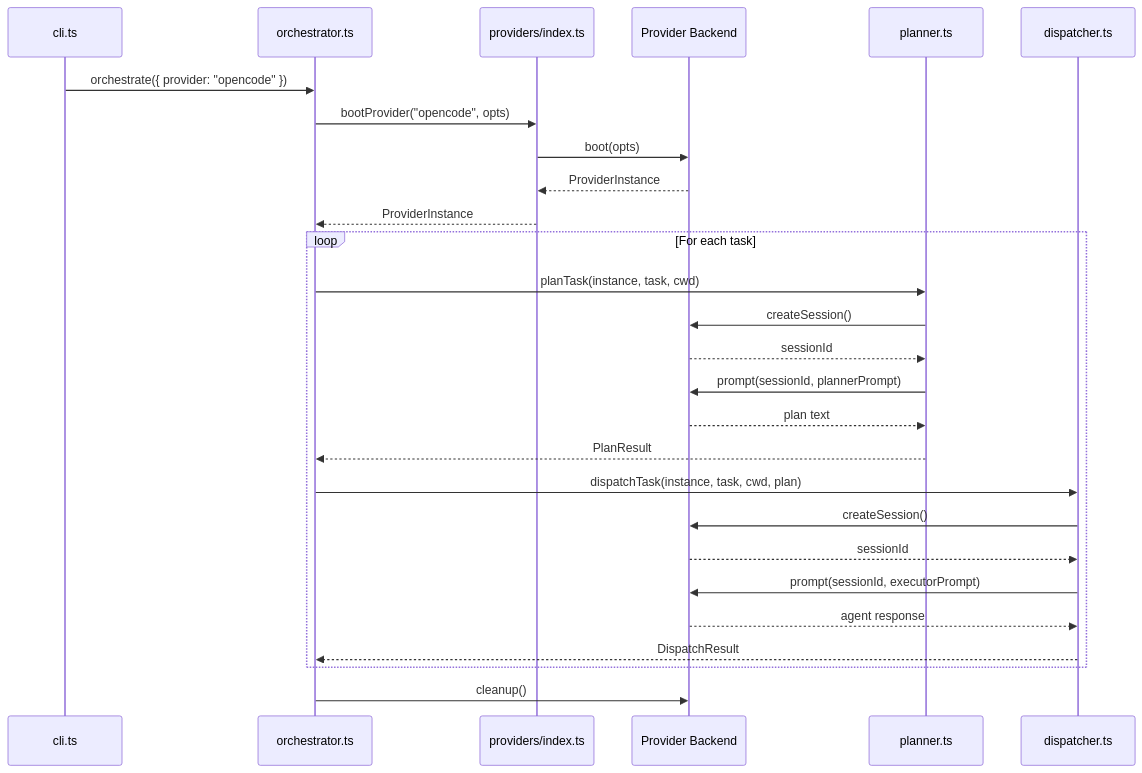
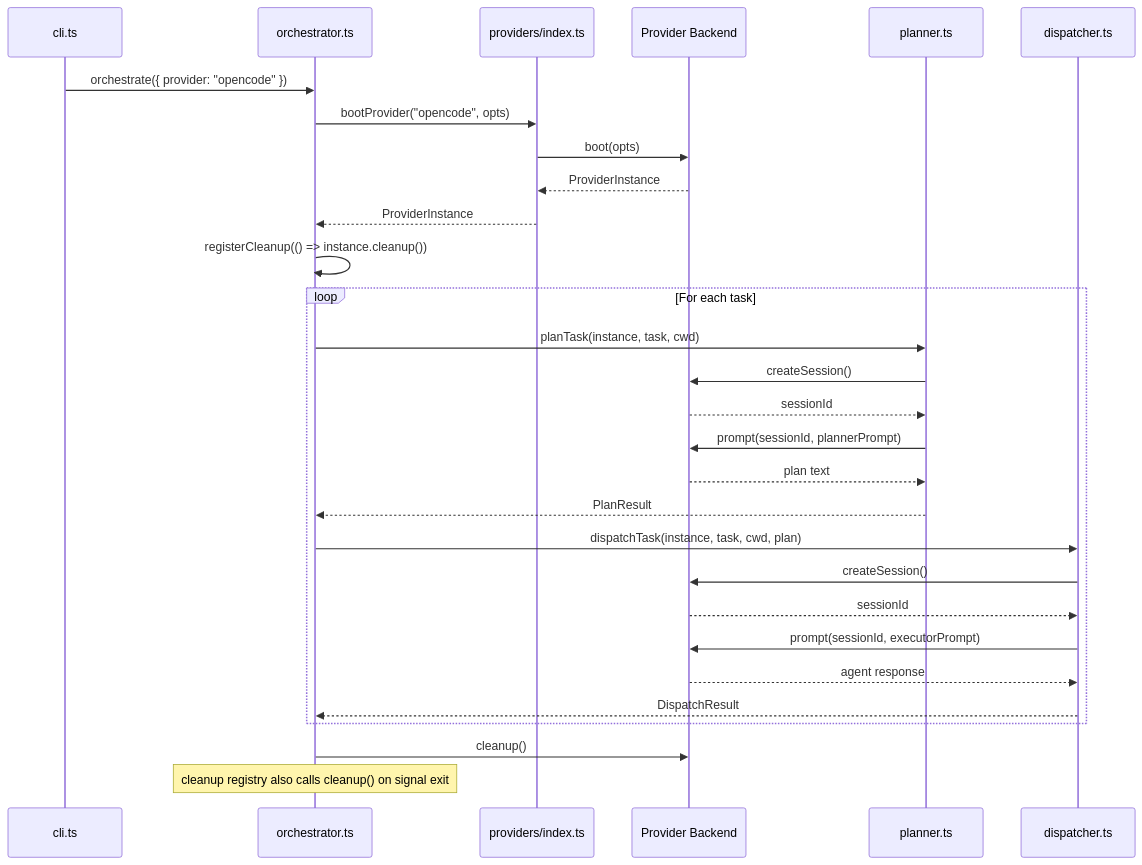
The first of 3 diagrams in docs/provider-system/provider-overview.md (PatrickRuddiman/Dispatch), drawn with Mermaid before and after one commit. The commit also changed other lines of this file and 25 other files, not shown here.

````diff
--- a/docs/provider-system/provider-overview.md
+++ b/docs/provider-system/provider-overview.md
@@ -40,33 +41,35 @@
 ```mermaid
 sequenceDiagram
     participant CLI as cli.ts
     participant Orch as orchestrator.ts
     participant Reg as providers/index.ts
     participant Prov as Provider Backend
     participant Plan as planner.ts
     participant Disp as dispatcher.ts
 
     CLI->>Orch: orchestrate({ provider: "opencode" })
     Orch->>Reg: bootProvider("opencode", opts)
     Reg->>Prov: boot(opts)
     Prov-->>Reg: ProviderInstance
     Reg-->>Orch: ProviderInstance
+    Orch->>Orch: registerCleanup(() => instance.cleanup())
 
     loop For each task
         Orch->>Plan: planTask(instance, task, cwd)
         Plan->>Prov: createSession()
         Prov-->>Plan: sessionId
         Plan->>Prov: prompt(sessionId, plannerPrompt)
         Prov-->>Plan: plan text
         Plan-->>Orch: PlanResult
 
         Orch->>Disp: dispatchTask(instance, task, cwd, plan)
         Disp->>Prov: createSession()
         Prov-->>Disp: sessionId
         Disp->>Prov: prompt(sessionId, executorPrompt)
         Prov-->>Disp: agent response
         Disp-->>Orch: DispatchResult
     end
 
     Orch->>Prov: cleanup()
+    Note over Orch: cleanup registry also calls cleanup() on signal exit
 ```
````
